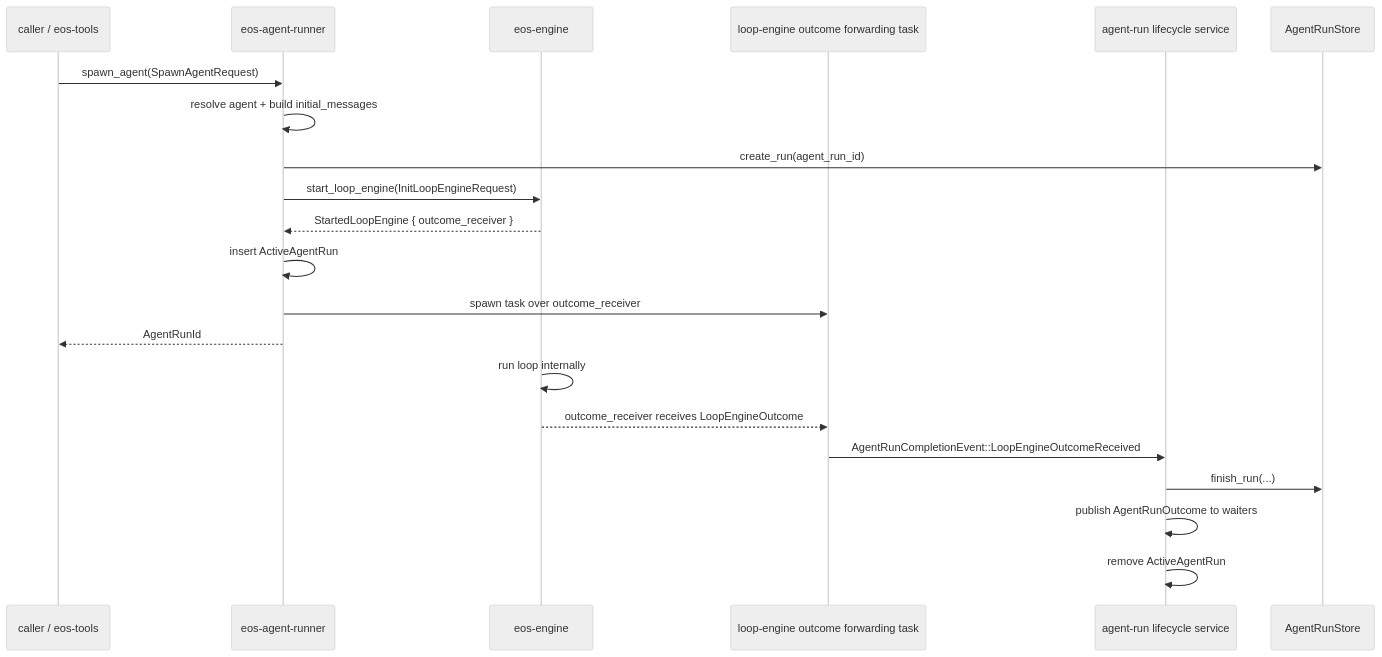
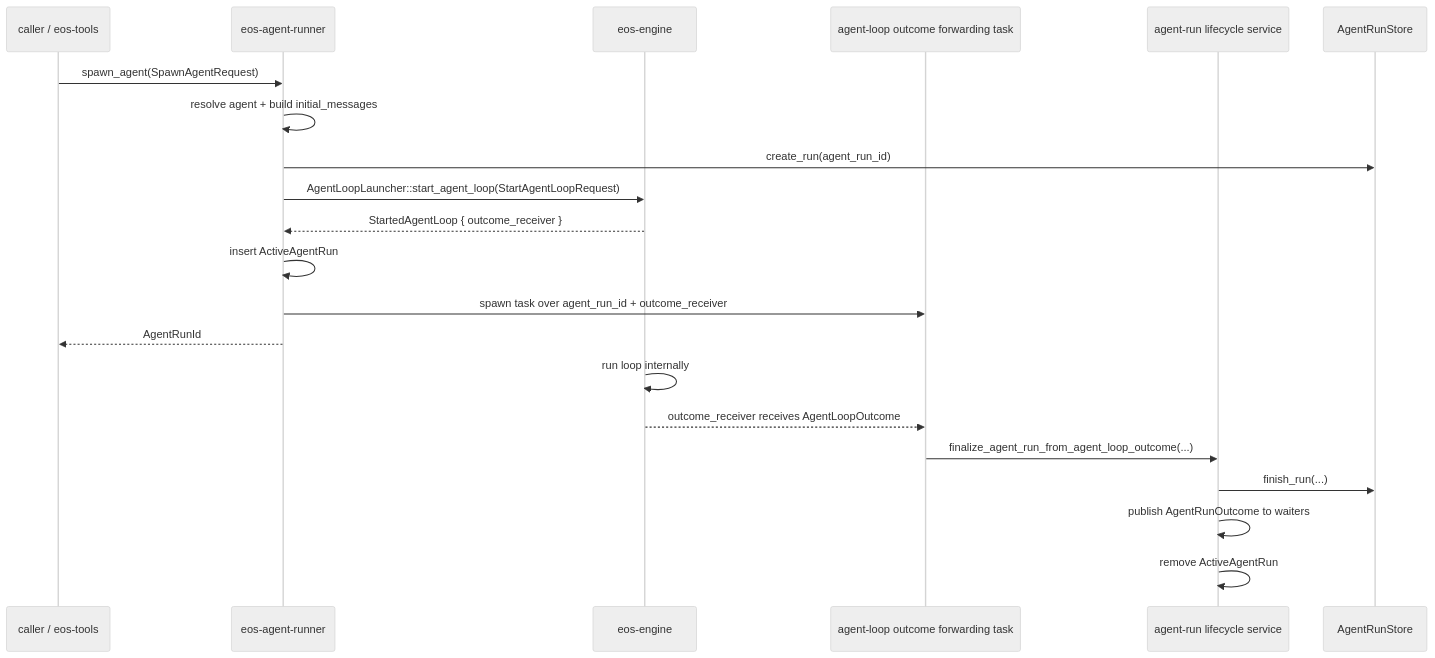
The second of 3 diagrams in docs/plans/agent_runner_loop_engine_srp_event_migration_SPEC.md (Ephemeral-AI-Lab/ephemeral-os), drawn with Mermaid (neutral theme) before and after one commit. The commit also changed other lines of this file and 125 other files, not shown here.

````diff
--- a/docs/plans/agent_runner_loop_engine_srp_event_migration_SPEC.md
+++ b/docs/plans/agent_runner_loop_engine_srp_event_migration_SPEC.md
@@ -462,25 +829,25 @@
 ```mermaid
 sequenceDiagram
     participant Caller as caller / eos-tools
     participant Runner as eos-agent-runner
     participant Engine as eos-engine
-    participant Forwarder as loop-engine outcome forwarding task
+    participant Forwarder as agent-loop outcome forwarding task
     participant Lifecycle as agent-run lifecycle service
     participant Store as AgentRunStore
 
     Caller->>Runner: spawn_agent(SpawnAgentRequest)
     Runner->>Runner: resolve agent + build initial_messages
     Runner->>Store: create_run(agent_run_id)
-    Runner->>Engine: start_loop_engine(InitLoopEngineRequest)
-    Engine-->>Runner: StartedLoopEngine { outcome_receiver }
+    Runner->>Engine: AgentLoopLauncher::start_agent_loop(StartAgentLoopRequest)
+    Engine-->>Runner: StartedAgentLoop { outcome_receiver }
     Runner->>Runner: insert ActiveAgentRun
-    Runner->>Forwarder: spawn task over outcome_receiver
+    Runner->>Forwarder: spawn task over agent_run_id + outcome_receiver
     Runner-->>Caller: AgentRunId
 
     Engine->>Engine: run loop internally
-    Engine-->>Forwarder: outcome_receiver receives LoopEngineOutcome
-    Forwarder->>Lifecycle: AgentRunCompletionEvent::LoopEngineOutcomeReceived
+    Engine-->>Forwarder: outcome_receiver receives AgentLoopOutcome
+    Forwarder->>Lifecycle: finalize_agent_run_from_agent_loop_outcome(...)
     Lifecycle->>Store: finish_run(...)
     Lifecycle->>Lifecycle: publish AgentRunOutcome to waiters
     Lifecycle->>Lifecycle: remove ActiveAgentRun
 ```
````
